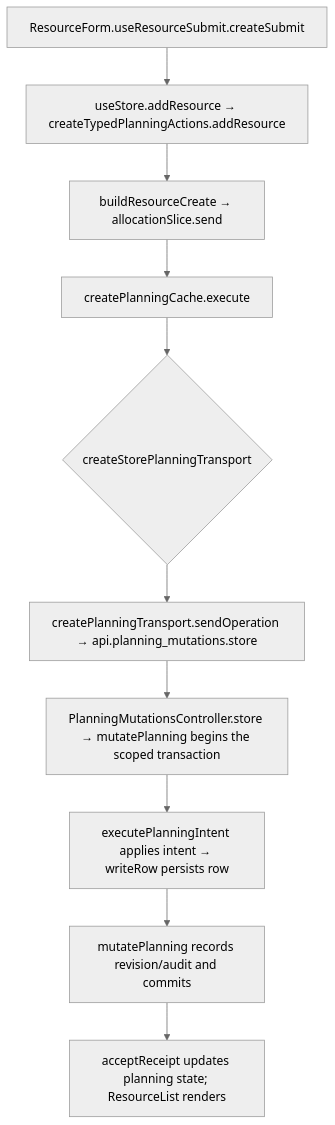
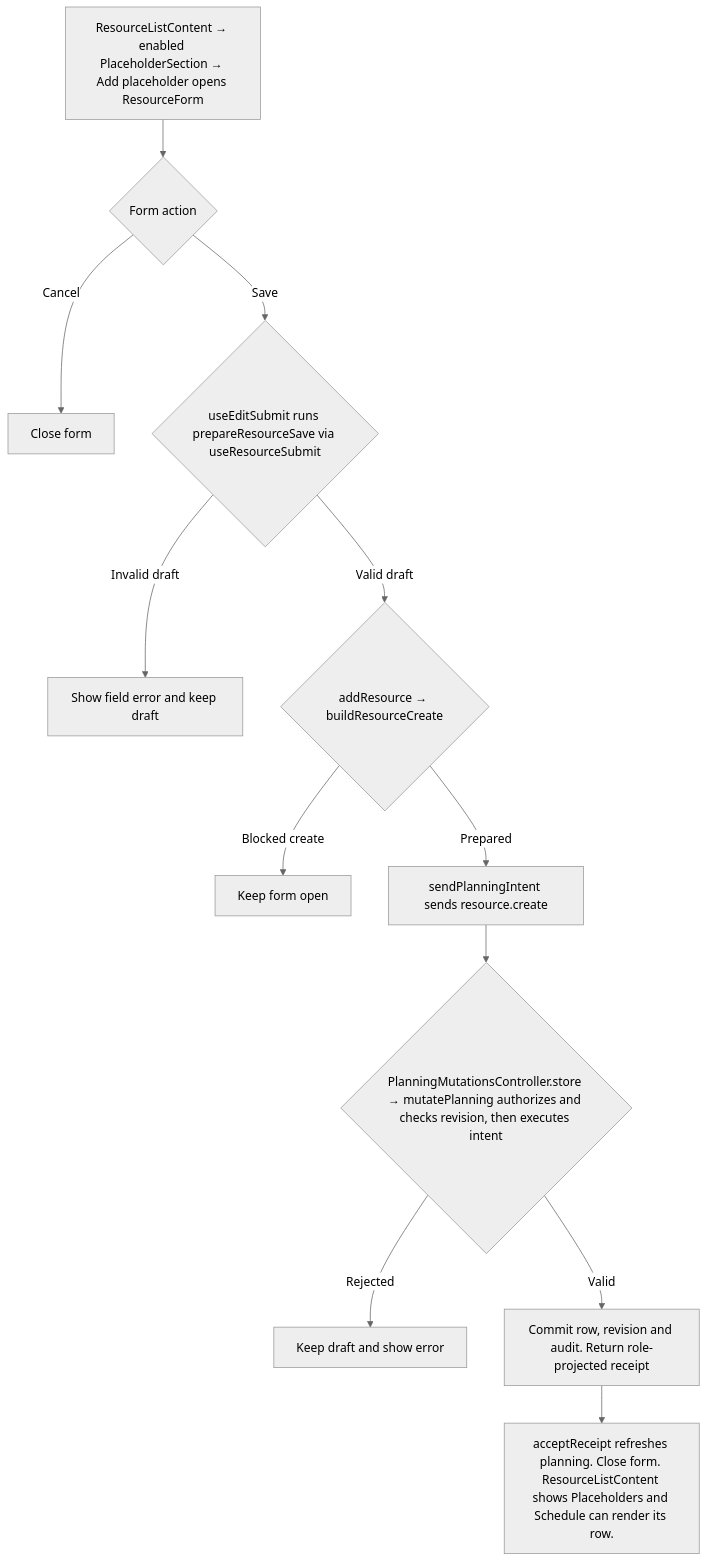
The second of 2 diagrams in user-stories/resources/US-RES-02-add-placeholder.md (Kevinjohn/capacitylens), drawn with Mermaid (neutral theme) before and after one commit. The commit also changed other lines of this file and 172 other files, not shown here.

Commit message:
docs: reconcile user story code flows with source

````diff
--- a/user-stories/resources/US-RES-02-add-placeholder.md
+++ b/user-stories/resources/US-RES-02-add-placeholder.md
@@ -36,8 +36,14 @@
 ```mermaid
 flowchart TD
-  A["ResourceForm.useResourceSubmit.createSubmit"] --> B["useStore.addResource → createTypedPlanningActions.addResource"]
-  B --> C["buildResourceCreate → allocationSlice.send"]
-  C --> D["createPlanningCache.execute"] --> E{"createStorePlanningTransport"}
-  E --> F["createPlanningTransport.sendOperation → api.planning_mutations.store"] --> G["PlanningMutationsController.store → mutatePlanning begins the scoped transaction"]
-  G --> H["executePlanningIntent applies intent → writeRow persists row"] --> K["mutatePlanning records revision/audit and commits"] --> J["acceptReceipt updates planning state; ResourceList renders"]
+  ENTRY["ResourceListContent → enabled PlaceholderSection → Add placeholder opens ResourceForm"] --> ACTION{"Form action"}
+  ACTION -->|Cancel| CLOSE["Close form"]
+  ACTION -->|Save| FORM{"useEditSubmit runs prepareResourceSave via useResourceSubmit"}
+  FORM -->|Invalid draft| FIELD["Show field error and keep draft"]
+  FORM -->|Valid draft| CREATE{"addResource → buildResourceCreate"}
+  CREATE -->|Blocked create| OPEN["Keep form open"]
+  CREATE -->|Prepared| SEND["sendPlanningIntent sends resource.create"]
+  SEND --> SERVER{"PlanningMutationsController.store → mutatePlanning authorizes and checks revision, then executes intent"}
+  SERVER -->|Rejected| ERROR["Keep draft and show error"]
+  SERVER -->|Valid| COMMIT["Commit row, revision and audit. Return role-projected receipt"]
+  COMMIT --> DONE["acceptReceipt refreshes planning. Close form. ResourceListContent shows Placeholders and Schedule can render its row."]
 ```
````
